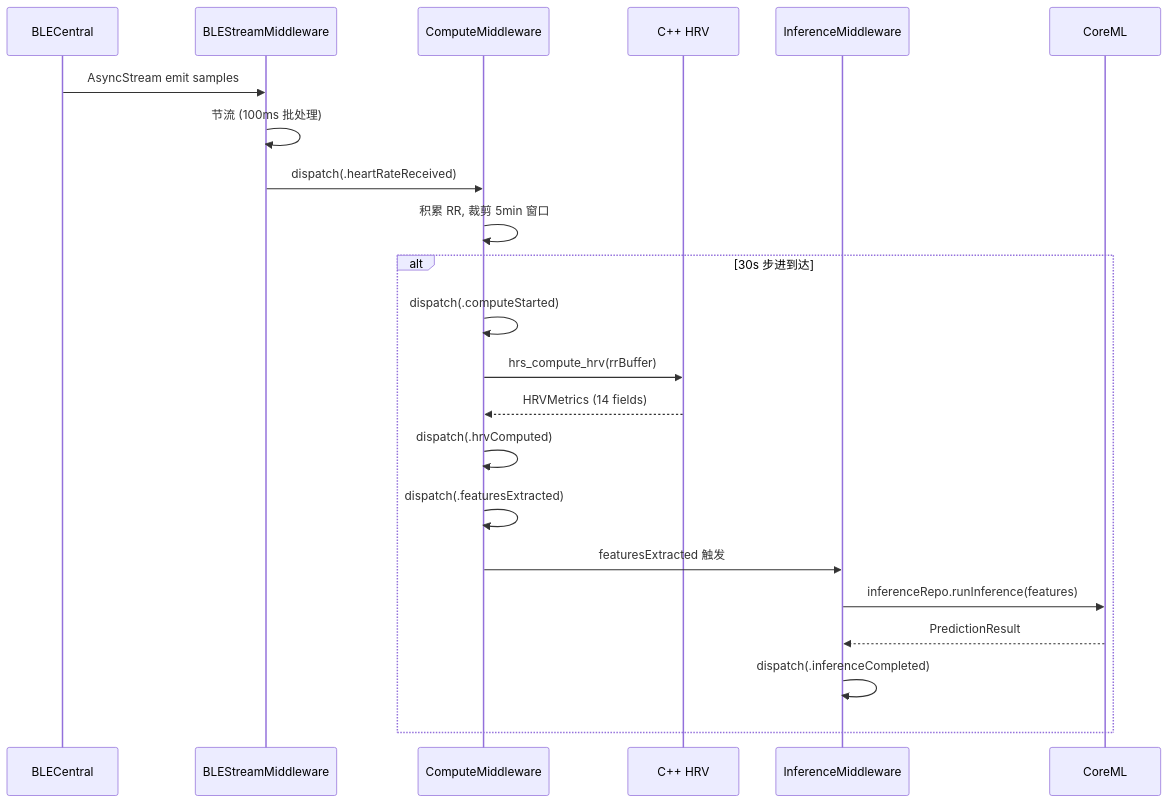
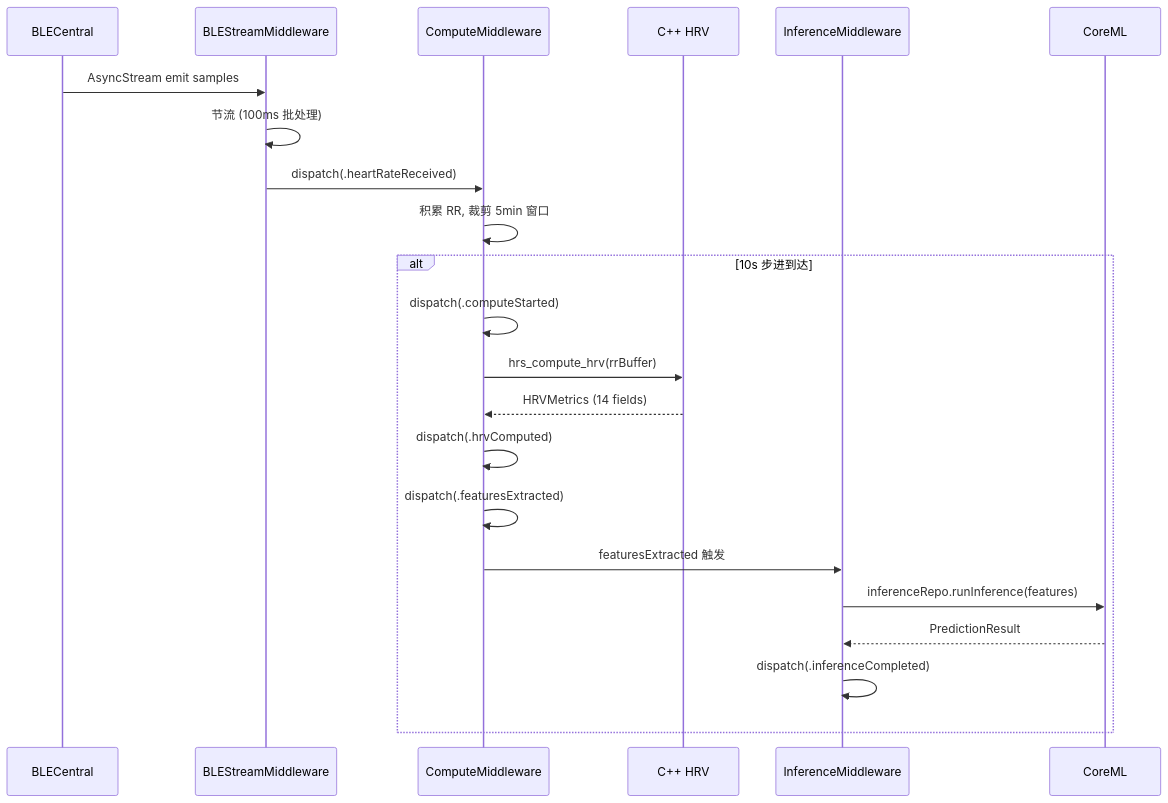
The diagram in docs/technical-walkthrough/11-pipeline-overview.md (tangzzz-fan/HRSense), drawn with Mermaid before and after one commit. The commit also changed other lines of this file and 20 other files, not shown here.

````diff
--- a/docs/technical-walkthrough/11-pipeline-overview.md
+++ b/docs/technical-walkthrough/11-pipeline-overview.md
@@ -136,25 +136,25 @@
 ```mermaid
 sequenceDiagram
     participant BLE as BLECentral
     participant BSM as BLEStreamMiddleware
     participant CompM as ComputeMiddleware
     participant Cxx as C++ HRV
     participant InfM as InferenceMiddleware
     participant ML as CoreML
 
     BLE->>BSM: AsyncStream emit samples
     BSM->>BSM: 节流 (100ms 批处理)
     BSM->>CompM: dispatch(.heartRateReceived)
     CompM->>CompM: 积累 RR, 裁剪 5min 窗口
-    alt 30s 步进到达
+    alt 10s 步进到达
         CompM->>CompM: dispatch(.computeStarted)
         CompM->>Cxx: hrs_compute_hrv(rrBuffer)
         Cxx-->>CompM: HRVMetrics (14 fields)
         CompM->>CompM: dispatch(.hrvComputed)
         CompM->>CompM: dispatch(.featuresExtracted)
         CompM->>InfM: featuresExtracted 触发
         InfM->>ML: inferenceRepo.runInference(features)
         ML-->>InfM: PredictionResult
         InfM->>InfM: dispatch(.inferenceCompleted)
     end
 ```
````
